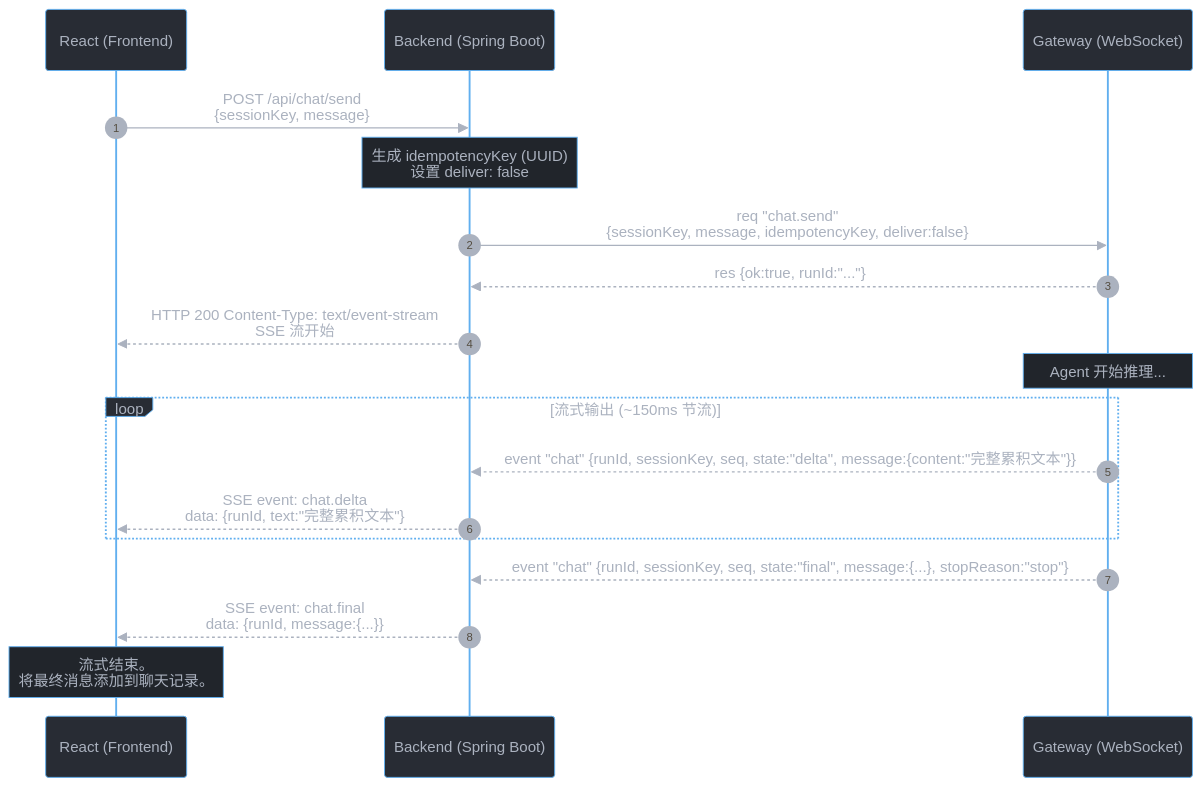
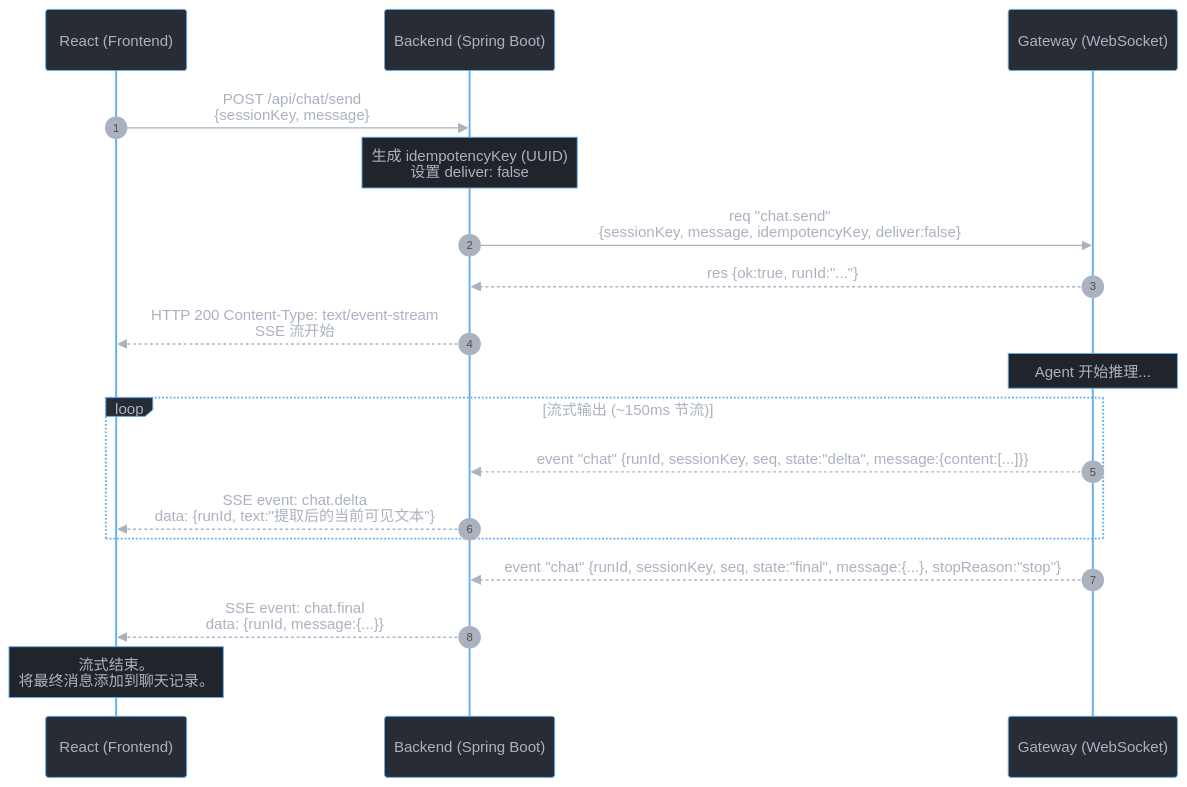
The third of 9 diagrams in mydoc/openclaw-gateway-chatbot-reference.md (lzhshen/openclaw), drawn with Mermaid before and after one commit. The commit also changed other lines of this file and 1 other file, not shown here.

````diff
--- a/mydoc/openclaw-gateway-chatbot-reference.md
+++ b/mydoc/openclaw-gateway-chatbot-reference.md
@@ -186,29 +188,29 @@
 ```mermaid
 %%{init: {'theme': 'base', 'themeVariables': { 'primaryColor': '#282c34', 'edgeLabelBackground':'#282c34', 'mainBkg': '#282c34', 'primaryTextColor': '#abb2bf', 'lineColor': '#abb2bf', 'tertiaryColor': '#21252b', 'clusterBkg': '#21252b', 'clusterBorder': '#61afef', 'fontFamily': 'arial', 'actorBkg': '#282c34', 'actorBorder': '#61afef', 'actorTextColor': '#abb2bf', 'signalColor': '#abb2bf', 'signalTextColor': '#abb2bf', 'noteBkgColor': '#21252b', 'noteTextColor': '#abb2bf', 'noteBorderColor': '#61afef'}}}%%
 sequenceDiagram
     autonumber
     participant F as React (Frontend)
     participant B as Backend (Spring Boot)
     participant G as Gateway (WebSocket)
 
     F->>B: POST /api/chat/send<br/>{sessionKey, message}
 
     Note over B: 生成 idempotencyKey (UUID)<br/>设置 deliver: false
 
     B->>G: req "chat.send"<br/>{sessionKey, message, idempotencyKey, deliver:false}
     G-->>B: res {ok:true, runId:"..."}
 
     B-->>F: HTTP 200 Content-Type: text/event-stream<br/>SSE 流开始
 
     Note over G: Agent 开始推理...
 
     loop 流式输出 (~150ms 节流)
-        G-->>B: event "chat" {runId, sessionKey, seq, state:"delta", message:{content:"完整累积文本"}}
-        B-->>F: SSE event: chat.delta<br/>data: {runId, text:"完整累积文本"}
+        G-->>B: event "chat" {runId, sessionKey, seq, state:"delta", message:{content:[...]}}
+        B-->>F: SSE event: chat.delta<br/>data: {runId, text:"提取后的当前可见文本"}
     end
 
     G-->>B: event "chat" {runId, sessionKey, seq, state:"final", message:{...}, stopReason:"stop"}
     B-->>F: SSE event: chat.final<br/>data: {runId, message:{...}}
 
     Note over F: 流式结束。<br/>将最终消息添加到聊天记录。
 ```
````
